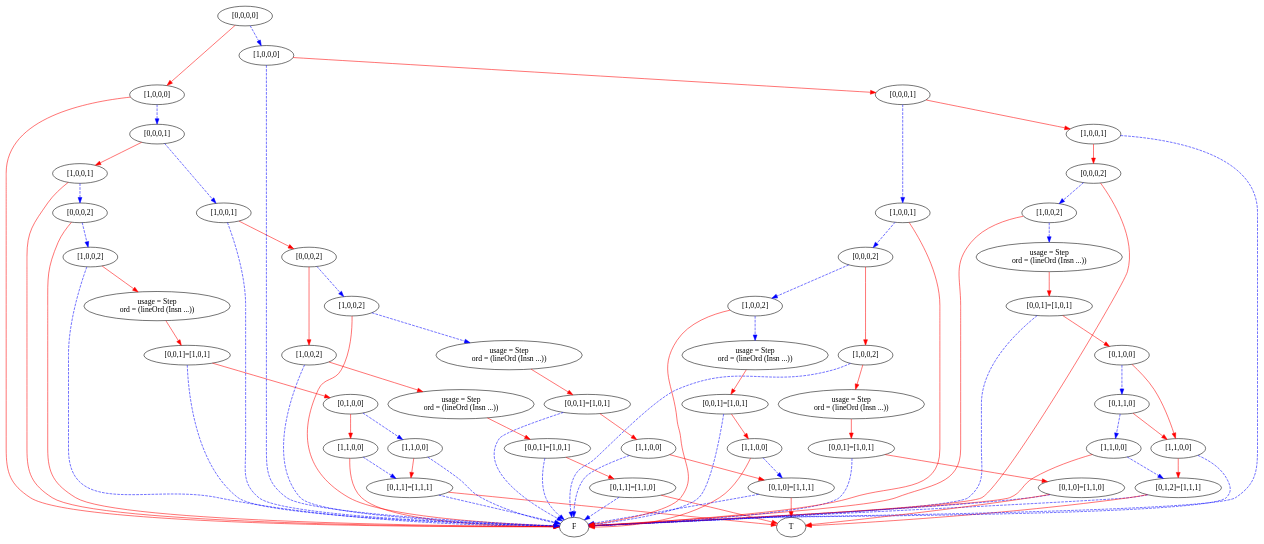
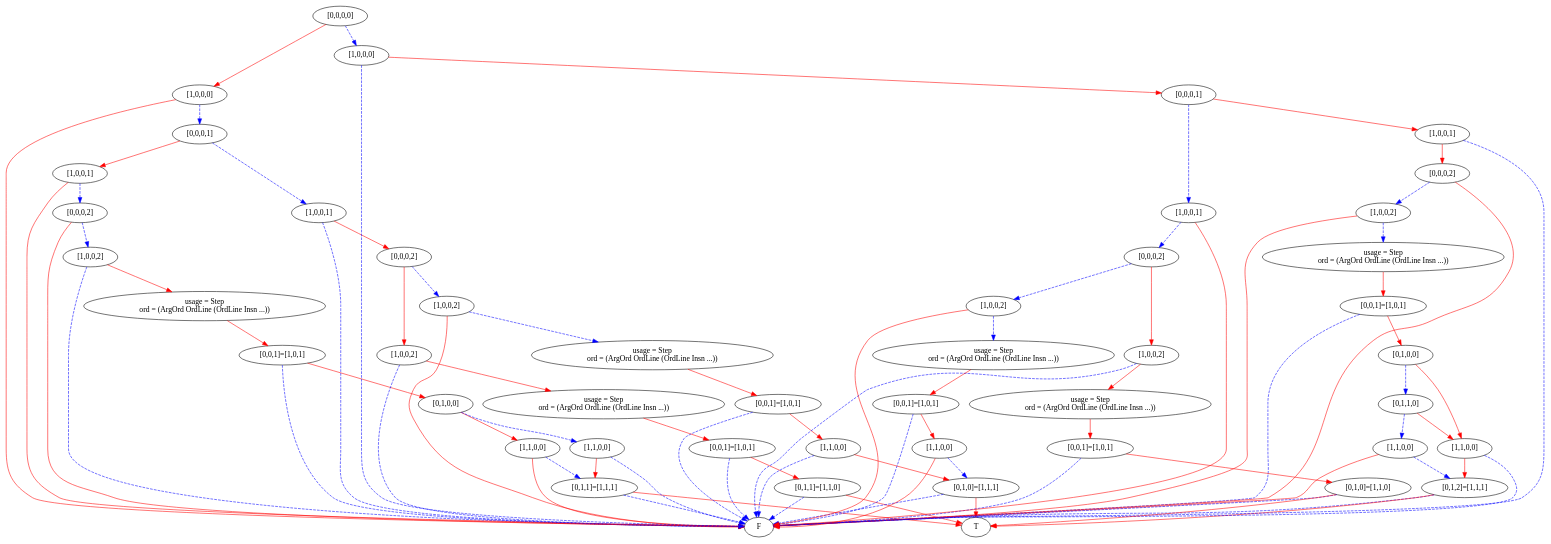
The diagram in simpleProgram1.dot (mburyakov/minxmod), drawn with Graphviz before and after one commit. The commit also changed 9 other files, not shown here.

```diff
--- a/simpleProgram1.dot
+++ b/simpleProgram1.dot
@@ -1,172 +1,172 @@
 digraph {
     1 [label=F];
     2 [label=T];
     3 [label="[0,1,1]=[1,1,1]"];
     4 [label="[1,1,0,0]"];
     5 [label="[1,1,0,0]"];
     6 [label="[0,1,0,0]"];
     7 [label="[0,0,1]=[1,0,1]"];
-    8 [label="usage = Step\nord = (lineOrd (Insn ...))"];
+    8 [label="usage = Step\nord = (ArgOrd OrdLine (OrdLine Insn ...))"];
     9 [label="[1,0,0,2]"];
     10 [label="[0,0,0,2]"];
     11 [label="[1,0,0,1]"];
     12 [label="[0,1,1]=[1,1,0]"];
     13 [label="[0,0,1]=[1,0,1]"];
-    14 [label="usage = Step\nord = (lineOrd (Insn ...))"];
+    14 [label="usage = Step\nord = (ArgOrd OrdLine (OrdLine Insn ...))"];
     15 [label="[1,0,0,2]"];
     16 [label="[0,1,0]=[1,1,1]"];
     17 [label="[1,1,0,0]"];
     18 [label="[0,0,1]=[1,0,1]"];
-    19 [label="usage = Step\nord = (lineOrd (Insn ...))"];
+    19 [label="usage = Step\nord = (ArgOrd OrdLine (OrdLine Insn ...))"];
     20 [label="[1,0,0,2]"];
     21 [label="[0,0,0,2]"];
     22 [label="[1,0,0,1]"];
     23 [label="[0,0,0,1]"];
     24 [label="[1,0,0,0]"];
     25 [label="[0,1,2]=[1,1,1]"];
     26 [label="[1,1,0,0]"];
     27 [label="[1,1,0,0]"];
     28 [label="[0,1,1,0]"];
     29 [label="[0,1,0,0]"];
     30 [label="[0,0,1]=[1,0,1]"];
-    31 [label="usage = Step\nord = (lineOrd (Insn ...))"];
+    31 [label="usage = Step\nord = (ArgOrd OrdLine (OrdLine Insn ...))"];
     32 [label="[1,0,0,2]"];
     33 [label="[0,0,0,2]"];
     34 [label="[1,0,0,1]"];
     35 [label="[0,1,0]=[1,1,0]"];
     36 [label="[0,0,1]=[1,0,1]"];
-    37 [label="usage = Step\nord = (lineOrd (Insn ...))"];
+    37 [label="usage = Step\nord = (ArgOrd OrdLine (OrdLine Insn ...))"];
     38 [label="[1,0,0,2]"];
     39 [label="[1,1,0,0]"];
     40 [label="[0,0,1]=[1,0,1]"];
-    41 [label="usage = Step\nord = (lineOrd (Insn ...))"];
+    41 [label="usage = Step\nord = (ArgOrd OrdLine (OrdLine Insn ...))"];
     42 [label="[1,0,0,2]"];
     43 [label="[0,0,0,2]"];
     44 [label="[1,0,0,1]"];
     45 [label="[0,0,0,1]"];
     46 [label="[1,0,0,0]"];
     47 [label="[0,0,0,0]"];
     3 -> 1 [style=dashed
            ,color=blue];
     3 -> 2 [color=red];
     4 -> 3 [style=dashed
            ,color=blue];
     4 -> 1 [color=red];
     5 -> 3 [color=red];
     5 -> 1 [style=dashed
            ,color=blue];
     6 -> 4 [color=red];
     6 -> 5 [style=dashed
            ,color=blue];
     7 -> 6 [color=red];
     7 -> 1 [style=dashed
            ,color=blue];
     8 -> 7 [color=red];
     9 -> 8 [color=red];
     9 -> 1 [style=dashed
            ,color=blue];
     10 -> 9 [style=dashed
             ,color=blue];
     10 -> 1 [color=red];
     11 -> 10 [style=dashed
              ,color=blue];
     11 -> 1 [color=red];
     12 -> 1 [style=dashed
             ,color=blue];
     12 -> 2 [color=red];
     13 -> 12 [color=red];
     13 -> 1 [style=dashed
             ,color=blue];
     14 -> 13 [color=red];
     15 -> 14 [color=red];
     15 -> 1 [style=dashed
             ,color=blue];
     16 -> 1 [style=dashed
             ,color=blue];
     16 -> 2 [color=red];
     17 -> 16 [color=red];
     17 -> 1 [style=dashed
             ,color=blue];
     18 -> 17 [color=red];
     18 -> 1 [style=dashed
             ,color=blue];
     19 -> 18 [color=red];
     20 -> 19 [style=dashed
              ,color=blue];
     20 -> 1 [color=red];
     21 -> 15 [color=red];
     21 -> 20 [style=dashed
              ,color=blue];
     22 -> 21 [color=red];
     22 -> 1 [style=dashed
             ,color=blue];
     23 -> 11 [color=red];
     23 -> 22 [style=dashed
              ,color=blue];
     24 -> 23 [style=dashed
              ,color=blue];
     24 -> 1 [color=red];
     25 -> 1 [style=dashed
             ,color=blue];
     25 -> 2 [color=red];
     26 -> 25 [color=red];
     26 -> 1 [style=dashed
             ,color=blue];
     27 -> 25 [style=dashed
              ,color=blue];
     27 -> 1 [color=red];
     28 -> 26 [color=red];
     28 -> 27 [style=dashed
              ,color=blue];
     29 -> 26 [color=red];
     29 -> 28 [style=dashed
              ,color=blue];
     30 -> 29 [color=red];
     30 -> 1 [style=dashed
             ,color=blue];
     31 -> 30 [color=red];
     32 -> 31 [style=dashed
              ,color=blue];
     32 -> 1 [color=red];
     33 -> 32 [style=dashed
              ,color=blue];
     33 -> 1 [color=red];
     34 -> 33 [color=red];
     34 -> 1 [style=dashed
             ,color=blue];
     35 -> 1 [style=dashed
             ,color=blue];
     35 -> 2 [color=red];
     36 -> 35 [color=red];
     36 -> 1 [style=dashed
             ,color=blue];
     37 -> 36 [color=red];
     38 -> 37 [color=red];
     38 -> 1 [style=dashed
             ,color=blue];
     39 -> 16 [style=dashed
              ,color=blue];
     39 -> 1 [color=red];
     40 -> 39 [color=red];
     40 -> 1 [style=dashed
             ,color=blue];
     41 -> 40 [color=red];
     42 -> 41 [style=dashed
              ,color=blue];
     42 -> 1 [color=red];
     43 -> 38 [color=red];
     43 -> 42 [style=dashed
              ,color=blue];
     44 -> 43 [style=dashed
              ,color=blue];
     44 -> 1 [color=red];
     45 -> 34 [color=red];
     45 -> 44 [style=dashed
              ,color=blue];
     46 -> 45 [color=red];
     46 -> 1 [style=dashed
             ,color=blue];
     47 -> 24 [color=red];
     47 -> 46 [style=dashed
              ,color=blue];
 }
```
